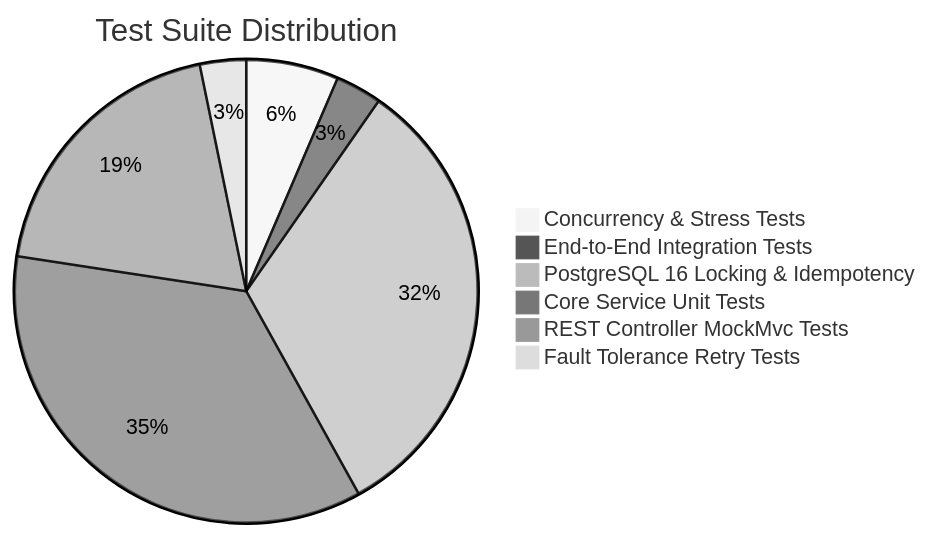
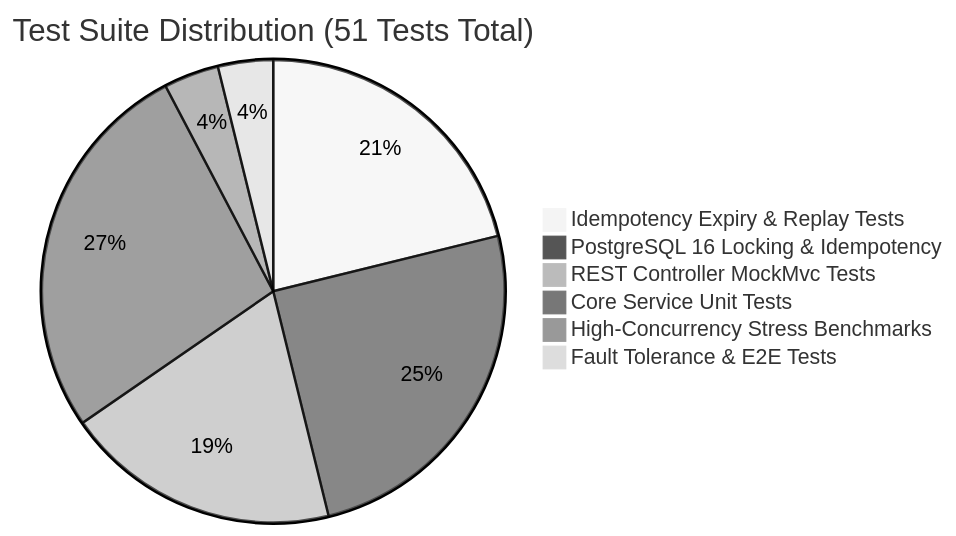
The diagram in docs/testing.md (Dhanya562004/distributed-fault-tolerant-payment-system), drawn with Mermaid (neutral theme) before and after one commit. The commit also changed other lines of this file and 21 other files, not shown here.

Commit message:
feat: Implement 24-hour idempotency expiry, atomic key reuse, and Idempotent-Replayed response header

````diff
--- a/docs/testing.md
+++ b/docs/testing.md
@@ -17,9 +17,9 @@
 ```mermaid
-pie title Test Suite Distribution
-    "Concurrency & Stress Tests" : 2
-    "End-to-End Integration Tests" : 1
-    "PostgreSQL 16 Locking & Idempotency" : 10
-    "Core Service Unit Tests" : 11
-    "REST Controller MockMvc Tests" : 6
-    "Fault Tolerance Retry Tests" : 1
+pie title Test Suite Distribution (51 Tests Total)
+    "Idempotency Expiry & Replay Tests" : 11
+    "PostgreSQL 16 Locking & Idempotency" : 13
+    "REST Controller MockMvc Tests" : 10
+    "Core Service Unit Tests" : 14
+    "High-Concurrency Stress Benchmarks" : 2
+    "Fault Tolerance & E2E Tests" : 2
 ```
````
